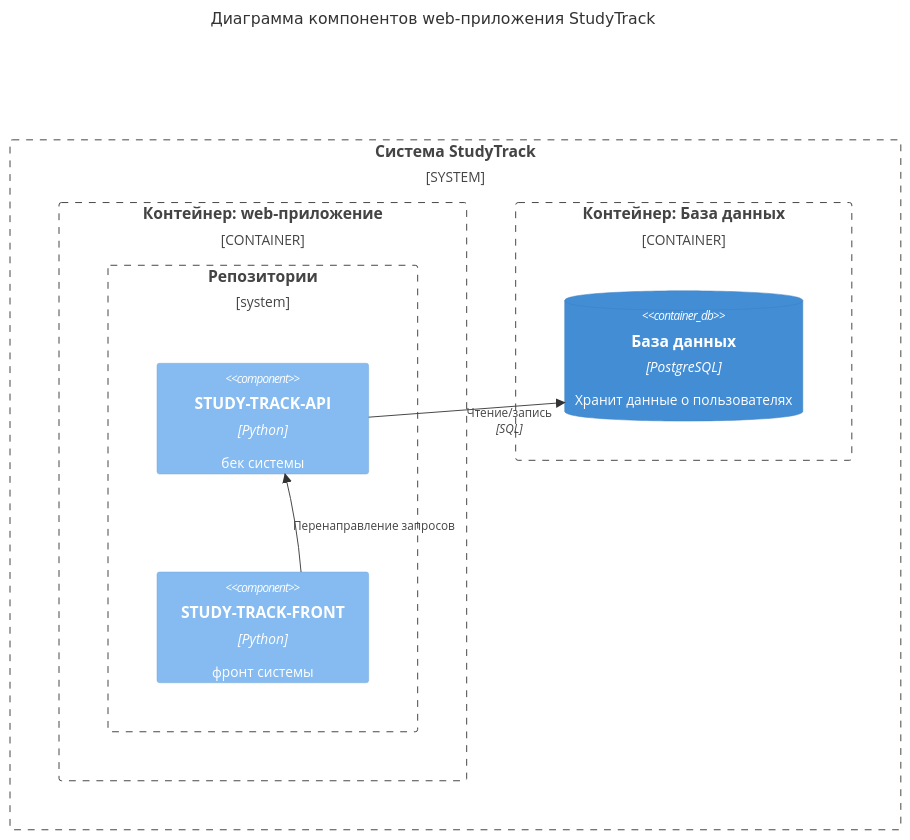
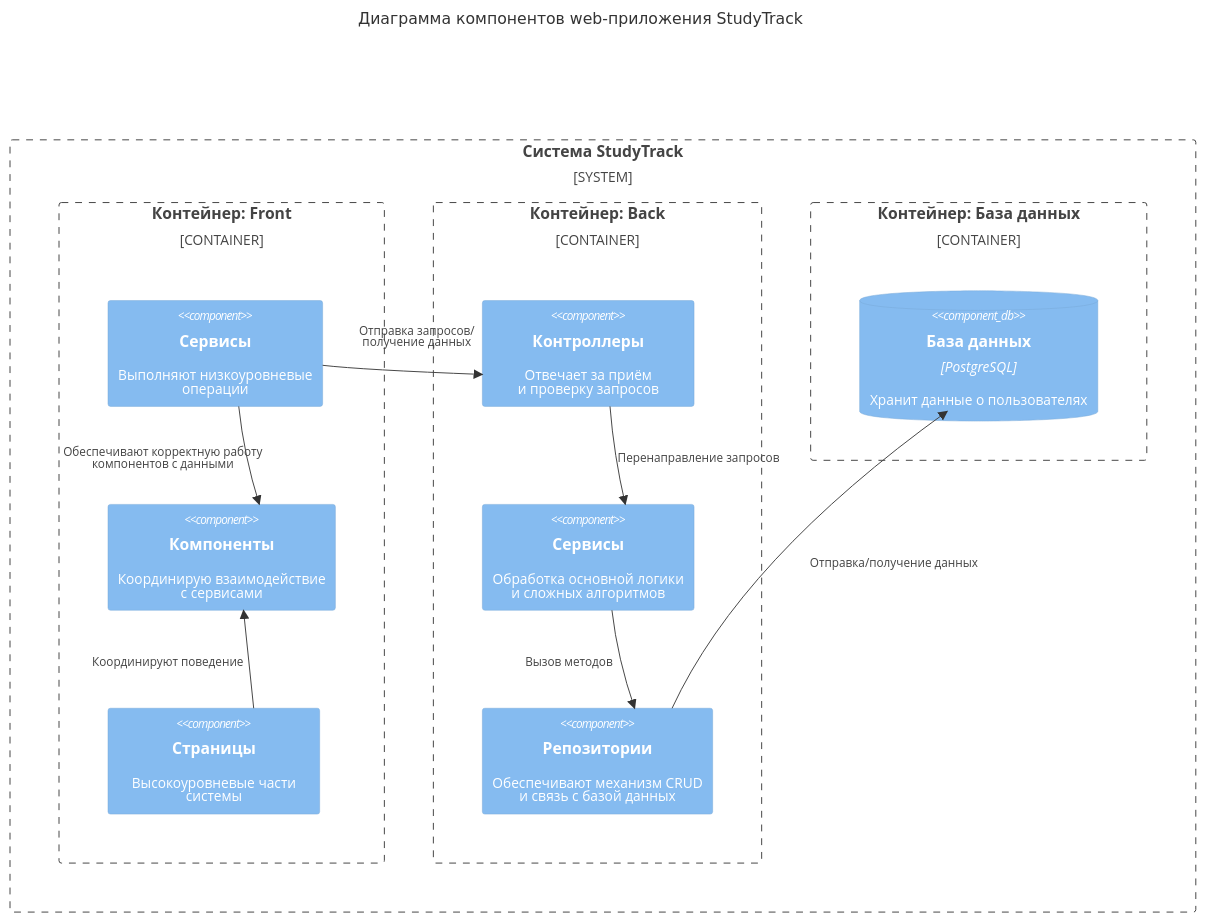
Before and after one commit to hse-perm-sandbox/study-track-docs: the diagram in c4/components.md, drawn with Mermaid. The commit also changed other lines of this file, not shown here.

Commit message:
Переработана диаграмма components

````diff
--- a/c4/components.md
+++ b/c4/components.md
@@ -4,23 +4,41 @@
 ```mermaid
 C4Component
     title Диаграмма компонентов web-приложения StudyTrack
     
     System_Boundary(boundary, "Система StudyTrack") {
-        Container_Boundary(web_container, "Контейнер: web-приложение") {
 
-            Boundary(repos, "Репозитории") {
-                Component(api_repo, "STUDY-TRACK-API", "Python", "бек системы")
-                Component(front_repo, "STUDY-TRACK-FRONT", "Python", "фронт системы")
-            }
+        Container_Boundary(front_container, "Контейнер: Front") {
+            Component(front_services, "Сервисы", "", "Выполняют низкоуровневые<br>операции")
+            Component(components, "Компоненты", "", "Координирую взаимодействие<br>с сервисами")
+            Component(pages, "Страницы", "", "Высокоуровневые части<br>системы")
+        }
+        
+        Container_Boundary(back_container, "Контейнер: Back") {
+            Component(control, "Контроллеры", "", "Отвечает за приём<br> и проверку запросов")
+            Component(back_services, "Сервисы", "", "Обработка основной логики<br>и сложных алгоритмов")
+            Component(repos, "Репозитории", "", "Обеспечивают механизм CRUD<br>и связь с базой данных")
         }
 
         Container_Boundary(db_container, "Контейнер: База данных") {
-            ContainerDb(db, "База данных", "PostgreSQL", "Хранит данные о пользователях")
+            ComponentDb(db, "База данных", "PostgreSQL", "Хранит данные о пользователях")
         }
     }
 
-    Rel(api_repo, db, "Чтение/запись", "SQL")
-    UpdateRelStyle(user_repo, db, $offsetX="0", $offsetY="-40")
-    Rel(front_repo, api_repo, "Перенаправление запросов")
+    UpdateLayoutConfig($c4ShapeInRow="1", $c4BoundaryInRow="3")
 
+    Rel(pages, components, "Координируют поведение")
+    UpdateRelStyle(pages, components, $offsetX="-160")
+
+    Rel(front_services, components, "Обеспечивают корректную работу<br>компонентов с данными")
+    UpdateRelStyle(front_services, components, $offsetX="-190")
+
+    Rel(front_services, control, "Отправка запросов/<br>получение данных")
+    UpdateRelStyle(front_services, control, $offsetX="-45", $offsetY="-37")
+
+    Rel(control, back_services, "Перенаправление запросов")
+
+    Rel(back_services, repos, "Вызов методов")
+    UpdateRelStyle(back_services, repos, $offsetX="-100")
+
+    Rel(repos, db, "Отправка/получение данных")
 ```
````
